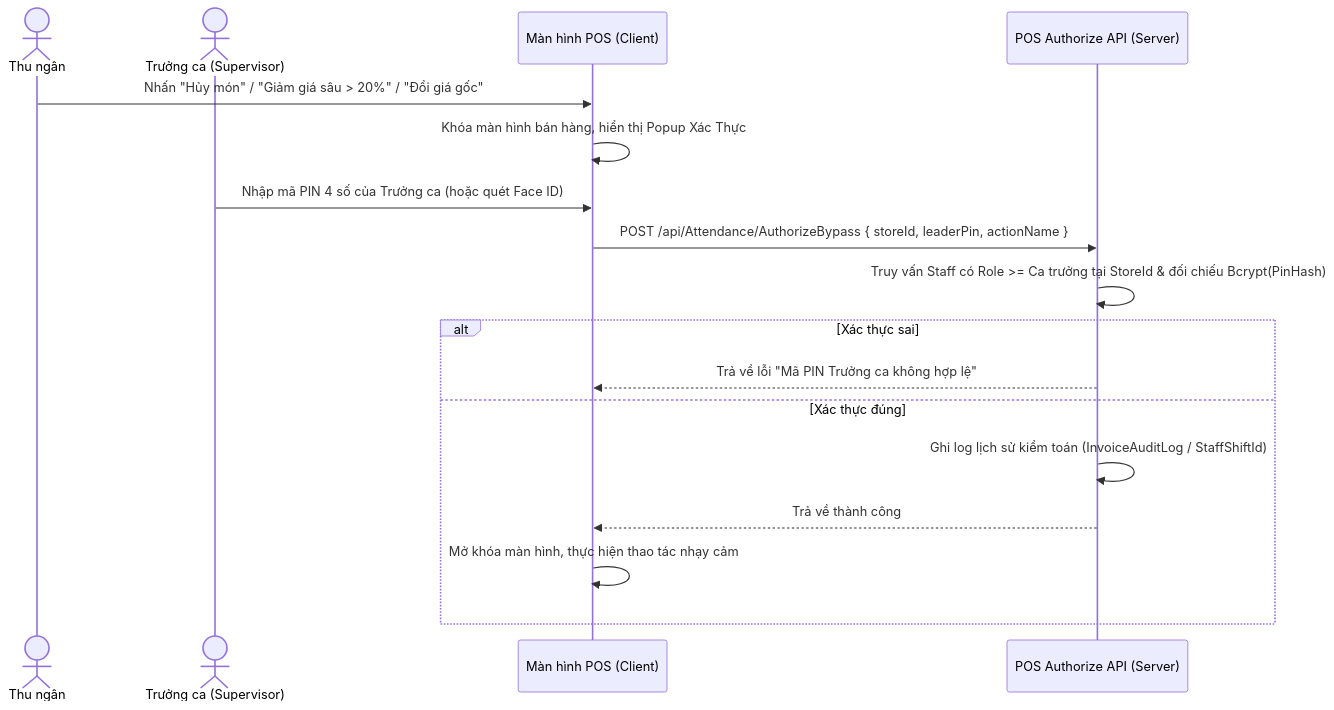
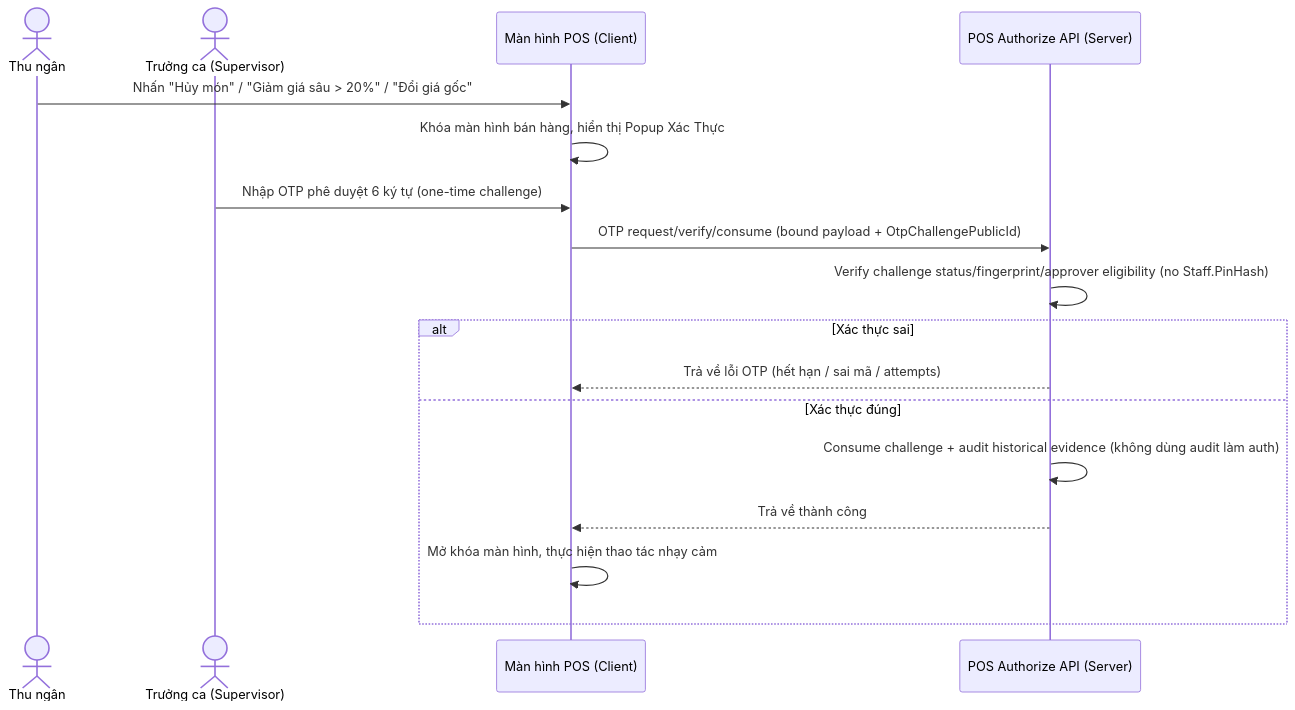
The ninth of 9 diagrams in CafeChain/STAFFHUB_POS_BUSINESS_LOGIC.md (TheSkibidi1712/CafeChain), drawn with Mermaid before and after one commit. The commit also changed other lines of this file and 38 other files, not shown here.

First line of the commit message:
refactor(security): remove legacy supervisor PIN

````diff
--- a/CafeChain/STAFFHUB_POS_BUSINESS_LOGIC.md
+++ b/CafeChain/STAFFHUB_POS_BUSINESS_LOGIC.md
@@ -359,20 +359,20 @@
 ```mermaid
 sequenceDiagram
     actor Cashier as Thu ngân
     actor Supervisor as Trưởng ca (Supervisor)
     participant POS as Màn hình POS (Client)
     participant API as POS Authorize API (Server)
     
     Cashier->>POS: Nhấn "Hủy món" / "Giảm giá sâu > 20%" / "Đổi giá gốc"
     POS->>POS: Khóa màn hình bán hàng, hiển thị Popup Xác Thực
-    Supervisor->>POS: Nhập mã PIN 4 số của Trưởng ca (hoặc quét Face ID)
-    POS->>API: POST /api/Attendance/AuthorizeBypass { storeId, leaderPin, actionName }
-    API->>API: Truy vấn Staff có Role >= Ca trưởng tại StoreId & đối chiếu Bcrypt(PinHash)
+    Supervisor->>POS: Nhập OTP phê duyệt 6 ký tự (one-time challenge)
+    POS->>API: OTP request/verify/consume (bound payload + OtpChallengePublicId)
+    API->>API: Verify challenge status/fingerprint/approver eligibility (no Staff.PinHash)
     alt Xác thực sai
-        API-->>POS: Trả về lỗi "Mã PIN Trưởng ca không hợp lệ"
+        API-->>POS: Trả về lỗi OTP (hết hạn / sai mã / attempts)
     else Xác thực đúng
-        API->>API: Ghi log lịch sử kiểm toán (InvoiceAuditLog / StaffShiftId)
+        API->>API: Consume challenge + audit historical evidence (không dùng audit làm auth)
         API-->>POS: Trả về thành công
         POS->>POS: Mở khóa màn hình, thực hiện thao tác nhạy cảm
     end
 ```
````
